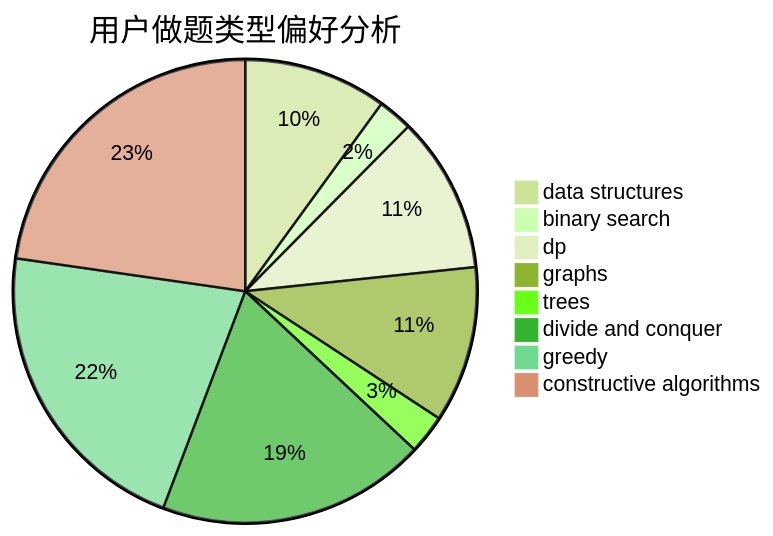
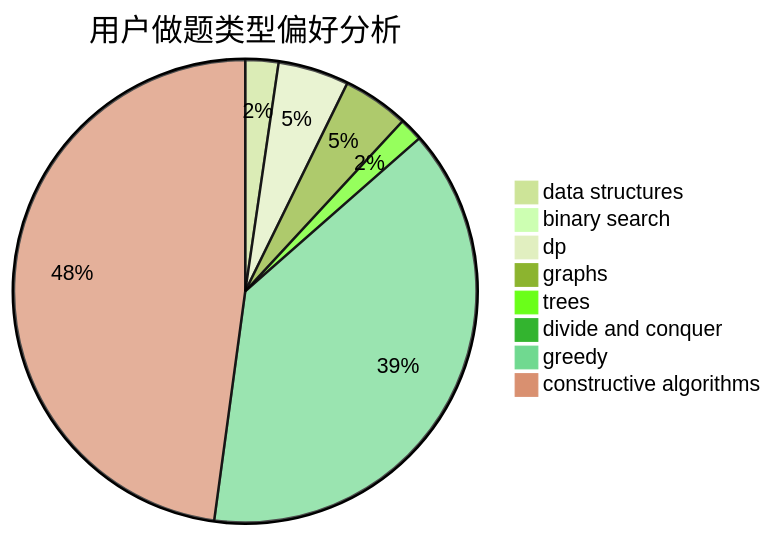
One commit to sherpahu/cfrs.github.io changed the second of 3 diagrams in docs/user/u1977.md. Above: the diagram before and after it, drawn with Mermaid (forest theme). The commit also changed other lines of this file and 2770 other files, not shown here.

````diff
--- a/docs/user/u1977.md
+++ b/docs/user/u1977.md
@@ -23,11 +23,11 @@
 ```mermaid
 pie title 用户做题类型偏好分析
-    "data structures" :  33
-    "binary search" :  8
-    "dp" :  36
-    "graphs" :  36
-    "trees" :  9
-    "divide and conquer" :  62
-    "greedy" :  71
-    "constructive algorithms" :  75
+    "data structures" :  7
+    "binary search" :  0
+    "dp" :  15
+    "graphs" :  14
+    "trees" :  5
+    "divide and conquer" :  0
+    "greedy" :  117
+    "constructive algorithms" :  145
 ```
````
